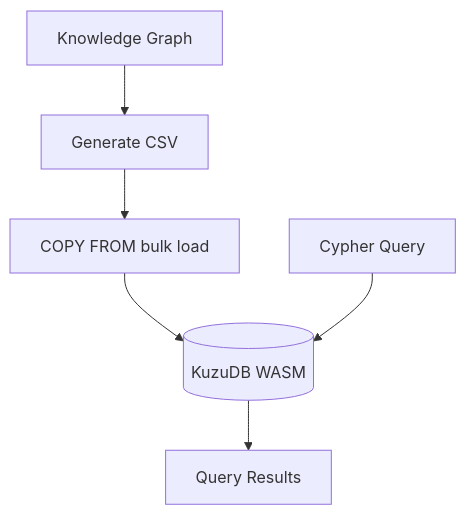
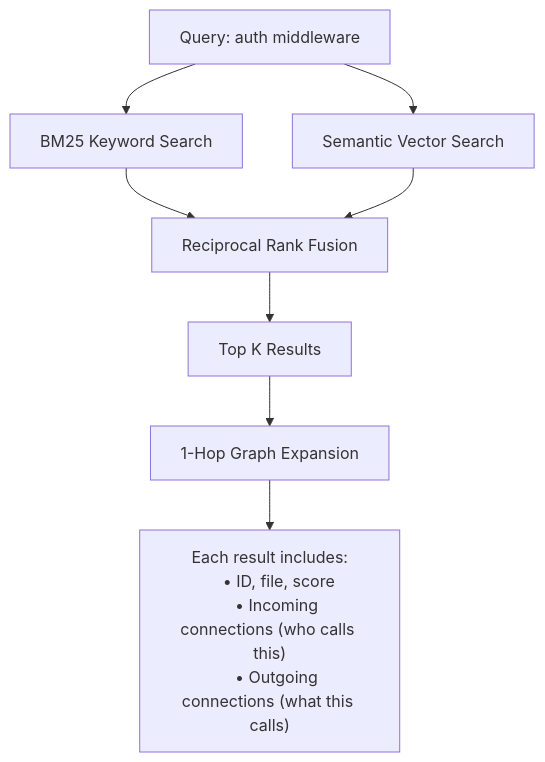
The fifth of 11 diagrams in README.md (OliverNyx/NexusAI), drawn with Mermaid before and after one commit. The commit also changed other lines of this file, not shown here.

````diff
--- a/README.md
+++ b/README.md
@@ -454,8 +191,16 @@
 ```mermaid
 flowchart TD
-    GRAPH[Knowledge Graph] --> CSV[Generate CSV]
-    CSV --> COPY[COPY FROM bulk load]
-    COPY --> KUZU[(KuzuDB WASM)]
-    QUERY[Cypher Query] --> KUZU
-    KUZU --> RESULTS[Query Results]
+    Q[Query: auth middleware] --> BM25[BM25 Keyword Search]
+    Q --> SEM[Semantic Vector Search]
+    
+    BM25 --> RRF[Reciprocal Rank Fusion]
+    SEM --> RRF
+    
+    RRF --> TOP[Top K Results]
+    TOP --> HOP[1-Hop Graph Expansion]
+    
+    HOP --> OUT["Each result includes:
+    • ID, file, score
+    • Incoming connections (who calls this)
+    • Outgoing connections (what this calls)"]
 ```
````
